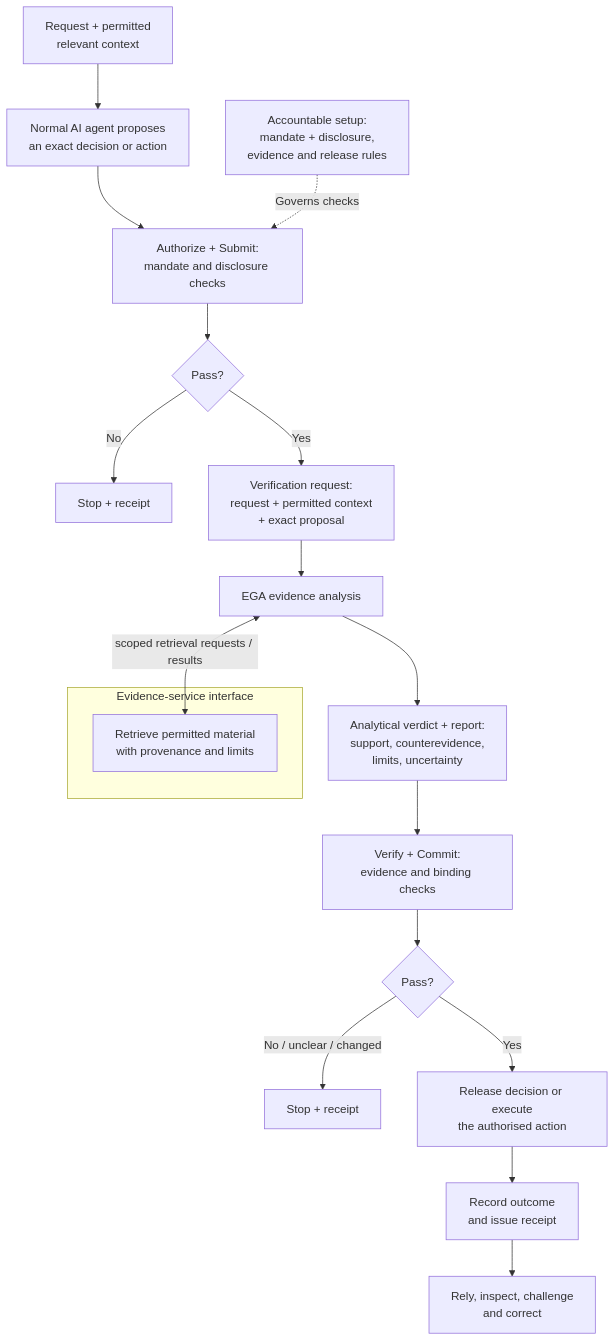
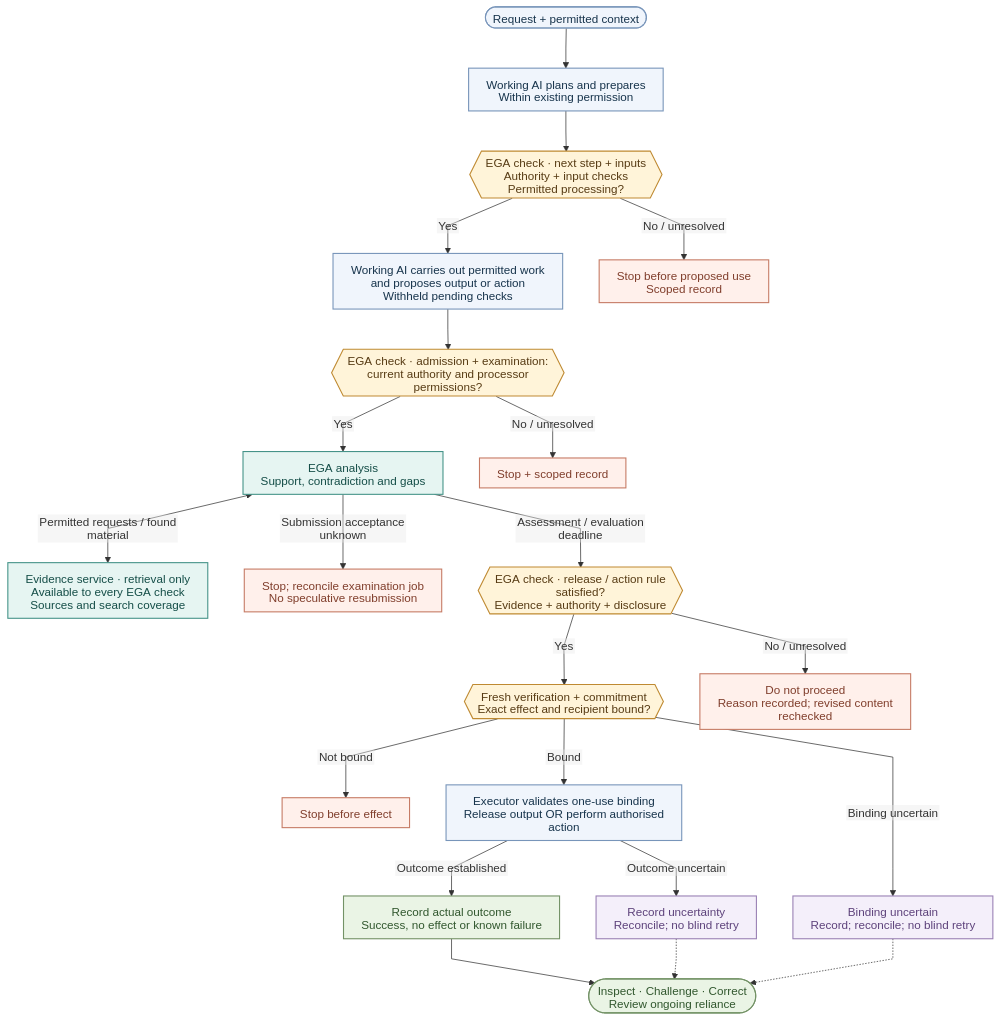
One commit to robertschaub/our-ai-charter changed the first of 2 diagrams in docs/Assurance/Concepts/evidence-gated-agents.md. Above: the diagram before and after it, drawn with Mermaid. The commit also changed other lines of this file and 13 other files, not shown here.

Commit message:
docs(ega): align recurring checks and republish article

````diff
--- a/docs/Assurance/Concepts/evidence-gated-agents.md
+++ b/docs/Assurance/Concepts/evidence-gated-agents.md
@@ -112,22 +114,36 @@
 ```mermaid
+%%{init: {"flowchart": {"curve": "linear", "nodeSpacing": 50, "rankSpacing": 55, "padding": 12, "wrappingWidth": 285}, "htmlLabels": false}}%%
 flowchart TD
-    SET["Accountable setup:<br/>mandate + disclosure,<br/>evidence and release rules"]
-    U["Request + permitted<br/>relevant context"] --> A["Normal AI agent proposes<br/>an exact decision or action"]
-    A --> PRE["Authorize + Submit:<br/>mandate and disclosure checks"]
-    SET -. Governs checks .-> PRE
-    PRE --> P{"Pass?"}
-    P -->|No| N1["Stop + receipt"]
-    P -->|Yes| Q["Verification request:<br/>request + permitted context<br/>+ exact proposal"]
-    subgraph ES["Evidence-service interface"]
-        SEA["Retrieve permitted material<br/>with provenance and limits"]
-    end
-    Q --> EA["EGA evidence analysis"]
-    EA <-->|scoped retrieval requests / results| SEA
-    EA --> VR["Analytical verdict + report:<br/>support, counterevidence,<br/>limits, uncertainty"]
-    VR --> POST["Verify + Commit:<br/>evidence and binding checks"]
-    POST --> D{"Pass?"}
-    D -->|No / unclear / changed| N2["Stop + receipt"]
-    D -->|Yes| O["Release decision or execute<br/>the authorised action"]
-    O --> R["Record outcome<br/>and issue receipt"]
-    R --> Y["Rely, inspect, challenge<br/>and correct"]
+    U(["Request + permitted context"]) --> P["Working AI plans and prepares<br/>Within existing permission"]
+    P --> IN{{"EGA check · next step + inputs<br/>Authority + input checks<br/>Permitted processing?"}}
+    IN -->|Yes| A["Working AI carries out permitted work<br/>and proposes output or action<br/>Withheld pending checks"]
+    IN -->|No / unresolved| S1["Stop before proposed use<br/>Scoped record"]
+    A --> PRE{{"EGA check · admission + examination:<br/>current authority and processor permissions?"}}
+    PRE -->|Yes| EA["EGA analysis<br/>Support, contradiction and gaps"]
+    PRE -->|No / unresolved| S2["Stop + scoped record"]
+    EA <-->|Permitted requests / found material| ES["Evidence service · retrieval only<br/>Available to every EGA check<br/>Sources and search coverage"]
+    EA -->|Submission acceptance unknown| JX["Stop; reconcile examination job<br/>No speculative resubmission"]
+    EA -->|Assessment / evaluation deadline| G{{"EGA check · release / action rule satisfied?<br/>Evidence + authority + disclosure"}}
+    G -->|Yes| C{{"Fresh verification + commitment<br/>Exact effect and recipient bound?"}}
+    G -->|No / unresolved| S3["Do not proceed<br/>Reason recorded; revised content rechecked"]
+    C -->|Not bound| S4["Stop before effect"]
+    C -->|Bound| E["Executor validates one-use binding<br/>Release output OR perform authorised action"]
+    C -->|Binding uncertain| BX["Binding uncertain<br/>Record; reconcile; no blind retry"]
+    E -->|Outcome established| O["Record actual outcome<br/>Success, no effect or known failure"]
+    E -->|Outcome uncertain| X["Record uncertainty<br/>Reconcile; no blind retry"]
+    O --> R(["Inspect · Challenge · Correct<br/>Review ongoing reliance"])
+    X -.-> R
+    BX -.-> R
+    classDef process fill:#f0f5fc,stroke:#7895ba,color:#17344c,stroke-width:1.5px
+    classDef control fill:#fff4d9,stroke:#bf8a32,color:#573b14,stroke-width:1.5px
+    classDef evidence fill:#e6f5f2,stroke:#459389,color:#154e48,stroke-width:1.5px
+    classDef stop fill:#fff0eb,stroke:#c67b65,color:#803e2c,stroke-width:1.5px
+    classDef result fill:#eaf4e5,stroke:#739266,color:#31572e,stroke-width:1.5px
+    classDef uncertain fill:#f4effa,stroke:#9a81b5,color:#5d427b,stroke-width:1.5px
+    class U,P,A,E process
+    class IN,PRE,G,C control
+    class EA,ES evidence
+    class S1,S2,S3,S4,JX stop
+    class O,R result
+    class X,BX uncertain
 ```
````
